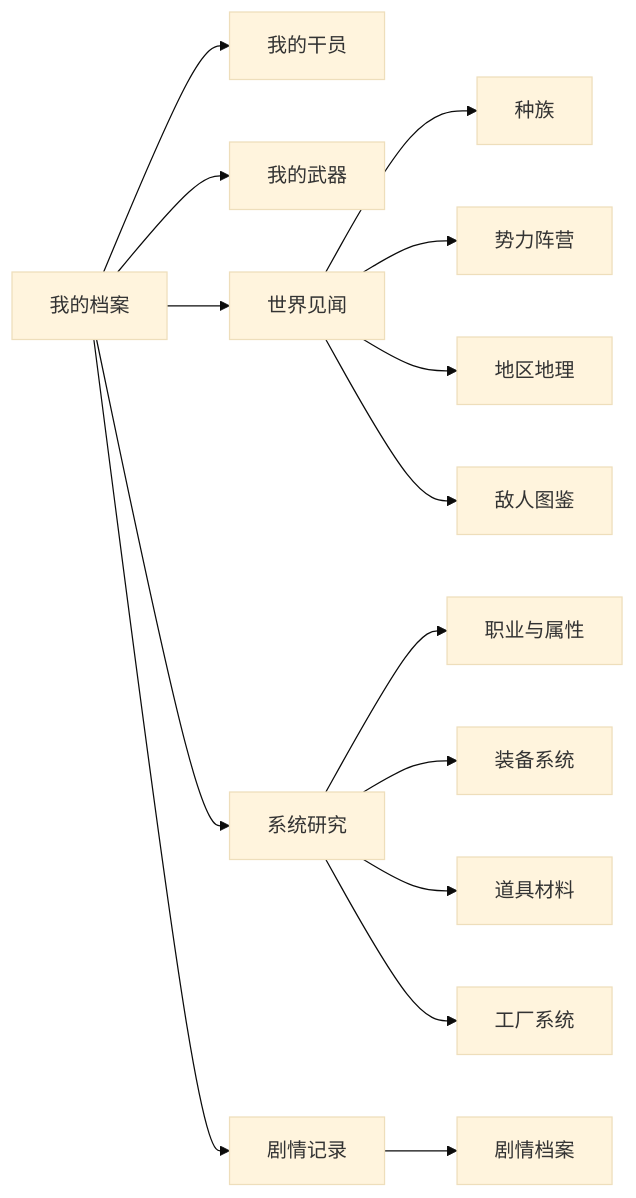
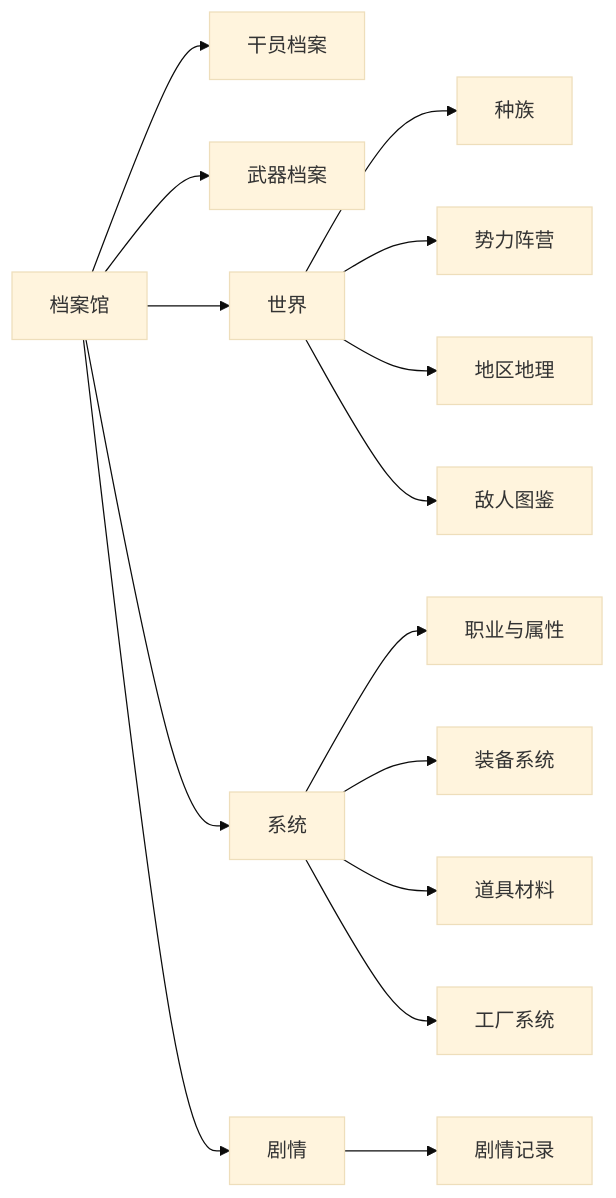
One commit to Deliay/hongshan-archives-bureau changed the second of 2 diagrams in docs/product/00-site-concept.md. Above: the diagram before and after it, drawn with Mermaid (base theme). The commit also changed other lines of this file and 11 other files, not shown here.

````diff
--- a/docs/product/00-site-concept.md
+++ b/docs/product/00-site-concept.md
@@ -139,17 +139,17 @@
 ```mermaid
 flowchart LR
-    A[我的档案] --> B[我的干员]
-    A --> C[我的武器]
-    A --> D[世界见闻]
-    A --> E[系统研究]
-    A --> F[剧情记录]
+    A[档案馆] --> B[干员档案]
+    A --> C[武器档案]
+    A --> D[世界]
+    A --> E[系统]
+    A --> F[剧情]
     D --> G[种族]
     D --> H[势力阵营]
     D --> I[地区地理]
     E --> J[职业与属性]
     E --> K[装备系统]
     E --> L[道具材料]
     E --> M[工厂系统]
-    F --> N[剧情档案]
+    F --> N[剧情记录]
     D --> O[敌人图鉴]
 ```
````
